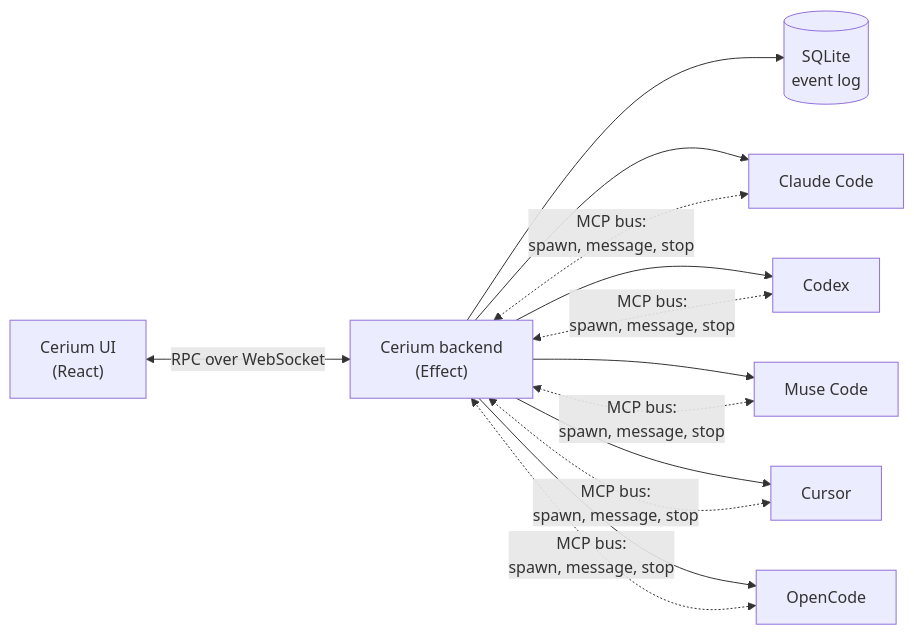
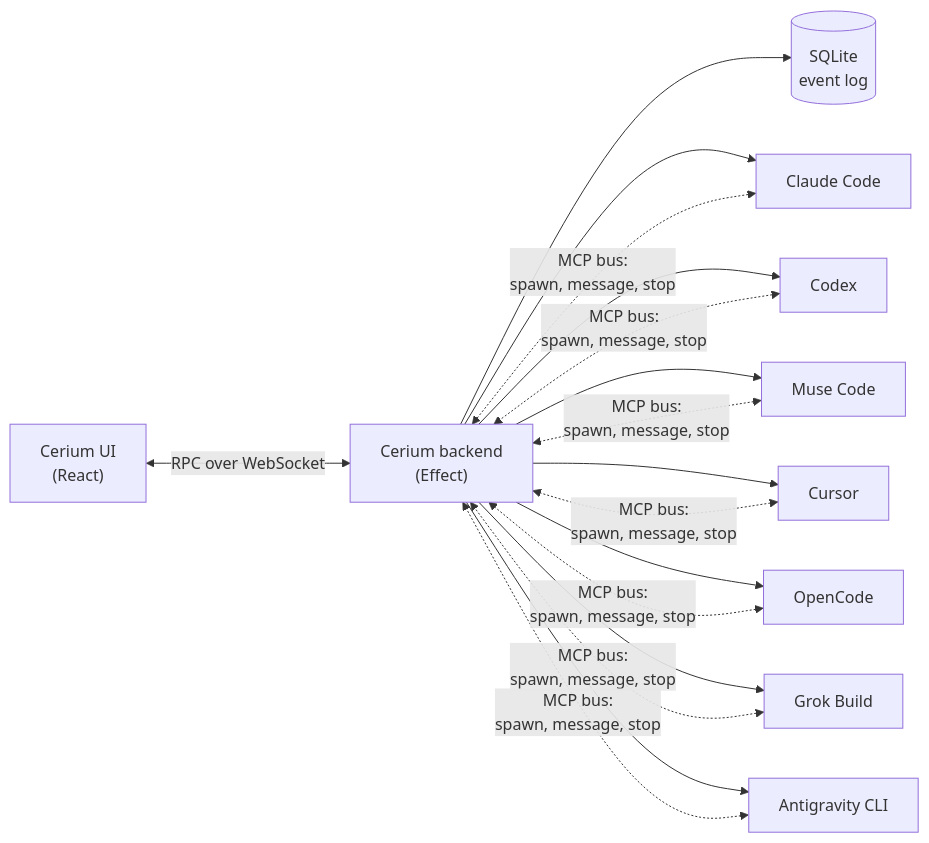
Before and after one commit to CeriumHQ/cerium: the diagram in README.md, drawn with Mermaid. The commit also changed other lines of this file and 38 other files, not shown here.

Commit message:
feat(antigravity): add the Antigravity CLI harness over headless runs

````diff
--- a/README.md
+++ b/README.md
@@ -128,11 +136,13 @@
 ```mermaid
 flowchart LR
   UI["Cerium UI<br/>(React)"] <-- "RPC over WebSocket" --> Backend["Cerium backend<br/>(Effect)"]
   Backend --> Store[("SQLite<br/>event log")]
   Backend --> Claude["Claude Code"]
   Backend --> Codex["Codex"]
   Backend --> Muse["Muse Code"]
   Backend --> Cursor["Cursor"]
   Backend --> OpenCode["OpenCode"]
-  Claude & Codex & Muse & Cursor & OpenCode <-. "MCP bus:<br/>spawn, message, stop" .-> Backend
+  Backend --> Grok["Grok Build"]
+  Backend --> Antigravity["Antigravity CLI"]
+  Claude & Codex & Muse & Cursor & OpenCode & Grok & Antigravity <-. "MCP bus:<br/>spawn, message, stop" .-> Backend
 ```
````
